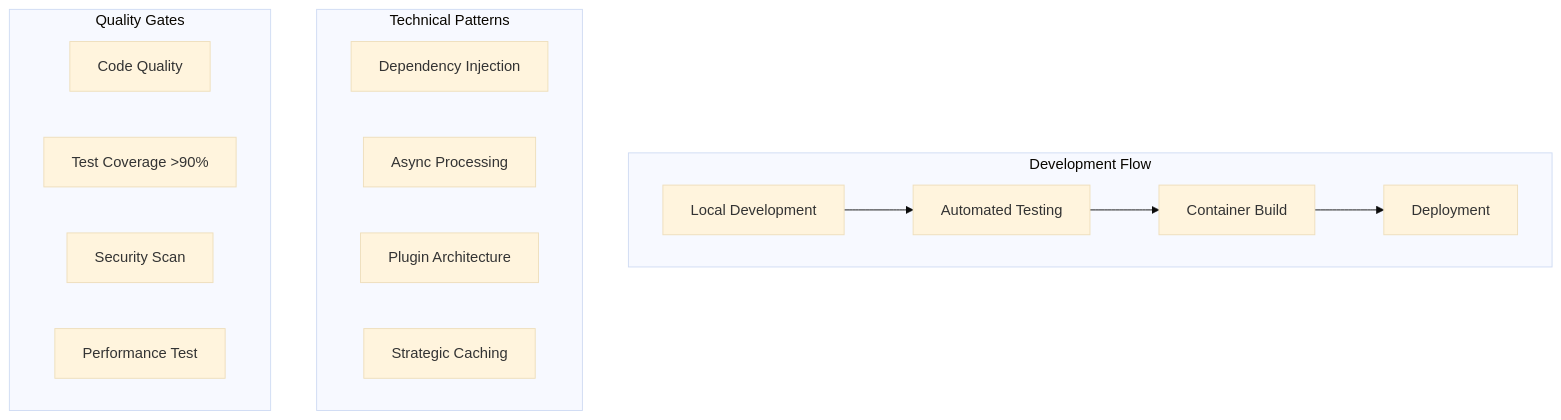
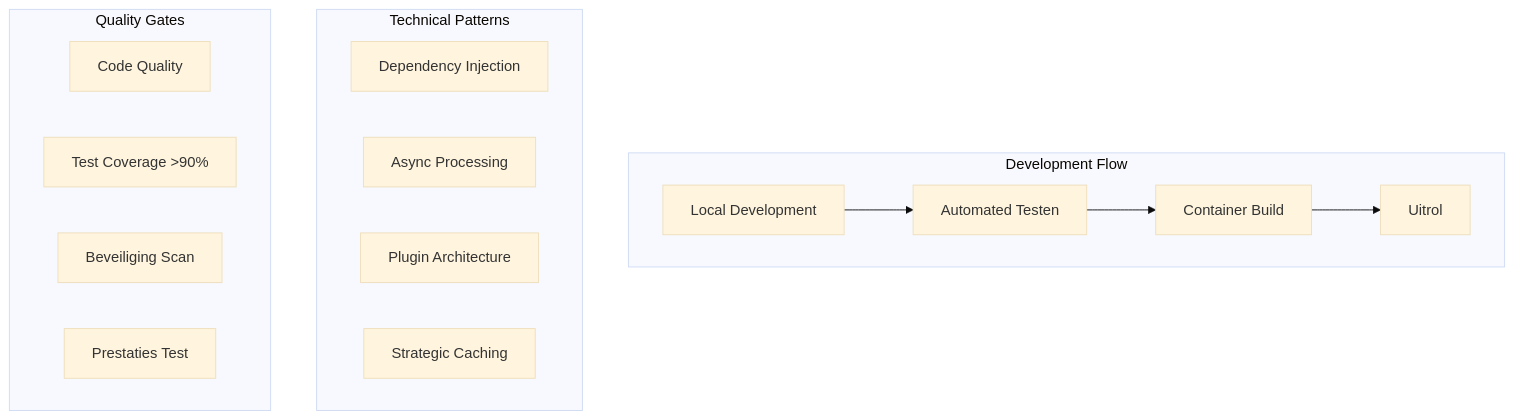
One commit to Chris-Lehnen-ICT-CONSULTING/Definitie-app-zakelijk changed the first of 3 diagrams in docs/architectuur/templates/TECHNICAL_ARCHITECTURE_TEMPLATE.md. Above: the diagram before and after it, drawn with Mermaid (base theme). The commit also changed other lines of this file and 707 other files, not shown here.

````diff
--- a/docs/architectuur/templates/TECHNICAL_ARCHITECTURE_TEMPLATE.md
+++ b/docs/architectuur/templates/TECHNICAL_ARCHITECTURE_TEMPLATE.md
@@ -74,22 +79,22 @@
 ```mermaid
 graph TB
     subgraph "Development Flow"
-        DEV[Local Development] --> TEST[Automated Testing]
+        DEV[Local Development] --> TEST[Automated Testen]
         TEST --> BUILD[Container Build]
-        BUILD --> DEPLOY[Deployment]
+        BUILD --> DEPLOY[Uitrol]
     end
 
     subgraph "Technical Patterns"
         DI[Dependency Injection]
         ASYNC[Async Processing]
         PLUGIN[Plugin Architecture]
         CACHE[Strategic Caching]
     end
 
     subgraph "Quality Gates"
         LINT[Code Quality]
         COV[Test Coverage >90%]
-        SEC[Security Scan]
-        PERF[Performance Test]
+        SEC[Beveiliging Scan]
+        PERF[Prestaties Test]
     end
 ```
````
